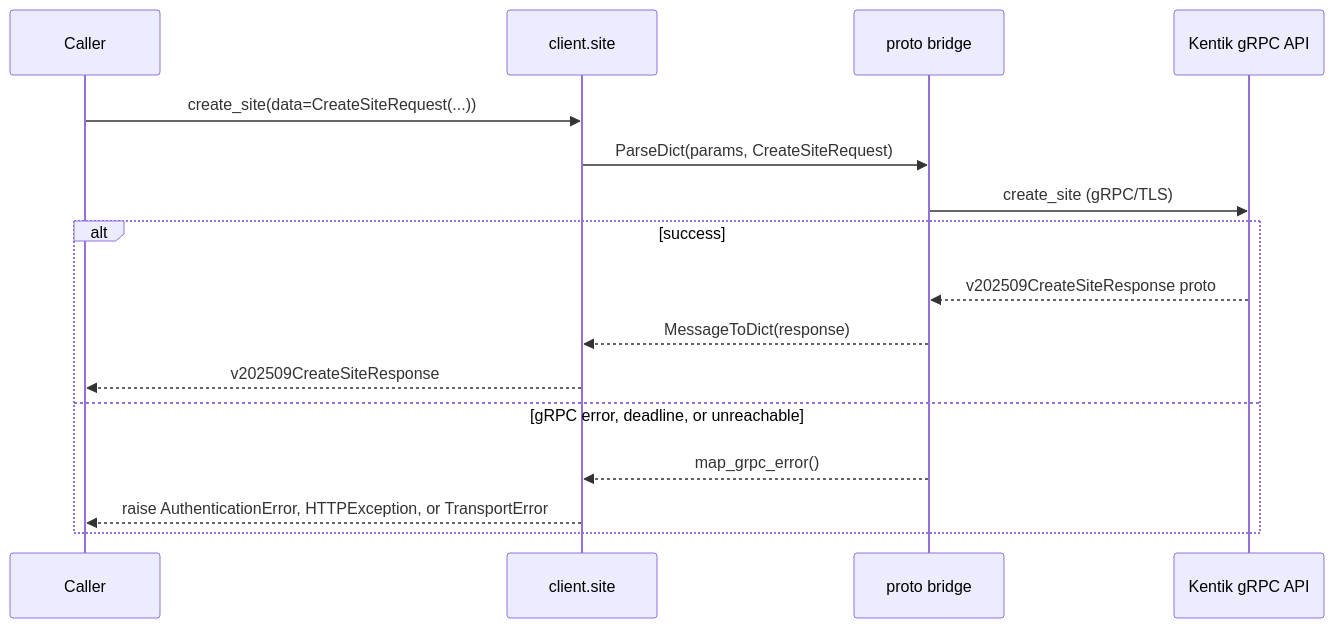
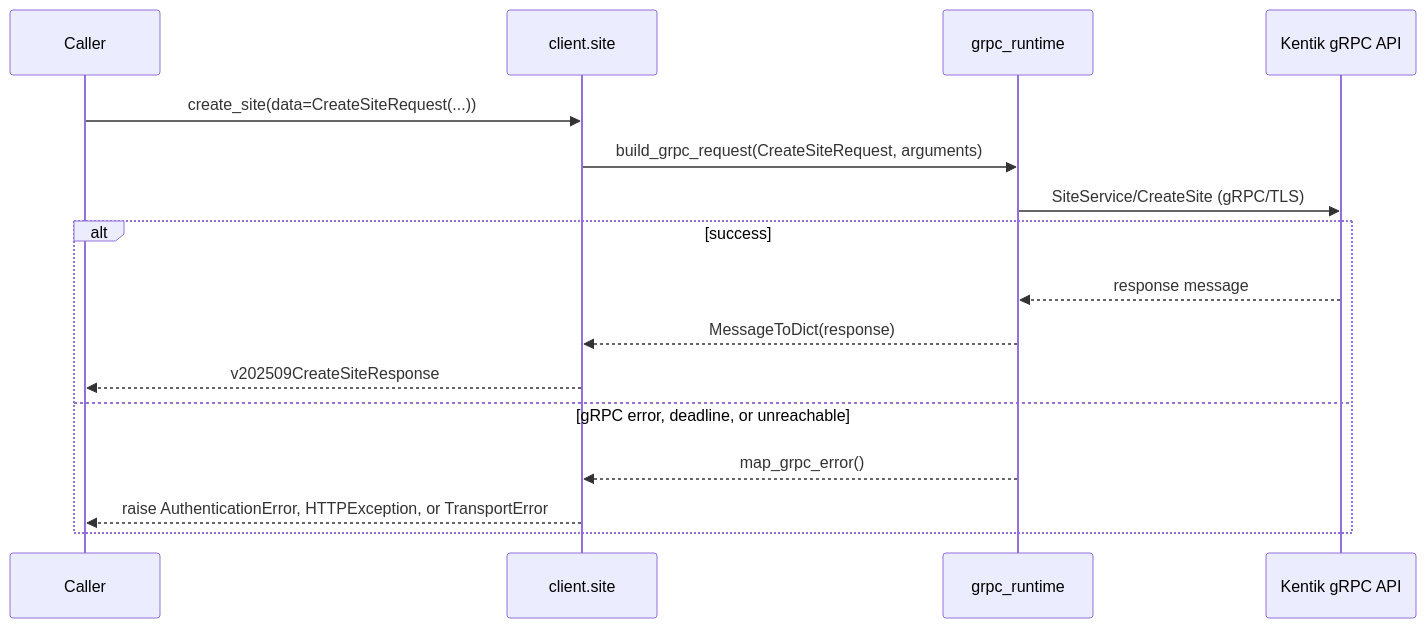
Diagram 15 of 22 in docs/sphinx/services/site.md (alexdearaujo/community_sdk_python), drawn with Mermaid before and after one commit. The commit also changed other lines of this file and 37 other files, not shown here.

First line of the commit message:
docs: show the real RPC in each service page's gRPC diagram

````diff
--- a/docs/sphinx/services/site.md
+++ b/docs/sphinx/services/site.md
@@ -501,19 +501,19 @@
 ```mermaid
 sequenceDiagram
     participant C as Caller
     participant W as client.site
-    participant B as proto bridge
+    participant R as grpc_runtime
     participant API as Kentik gRPC API
 
     C->>W: create_site(data=CreateSiteRequest(...))
-    W->>B: ParseDict(params, CreateSiteRequest)
-    B->>API: create_site (gRPC/TLS)
+    W->>R: build_grpc_request(CreateSiteRequest, arguments)
+    R->>API: SiteService/CreateSite (gRPC/TLS)
     alt success
-        API-->>B: v202509CreateSiteResponse proto
-        B-->>W: MessageToDict(response)
+        API-->>R: response message
+        R-->>W: MessageToDict(response)
         W-->>C: v202509CreateSiteResponse
     else gRPC error, deadline, or unreachable
-        B-->>W: map_grpc_error()
+        R-->>W: map_grpc_error()
         W-->>C: raise AuthenticationError, HTTPException, or TransportError
     end
 ```
````
